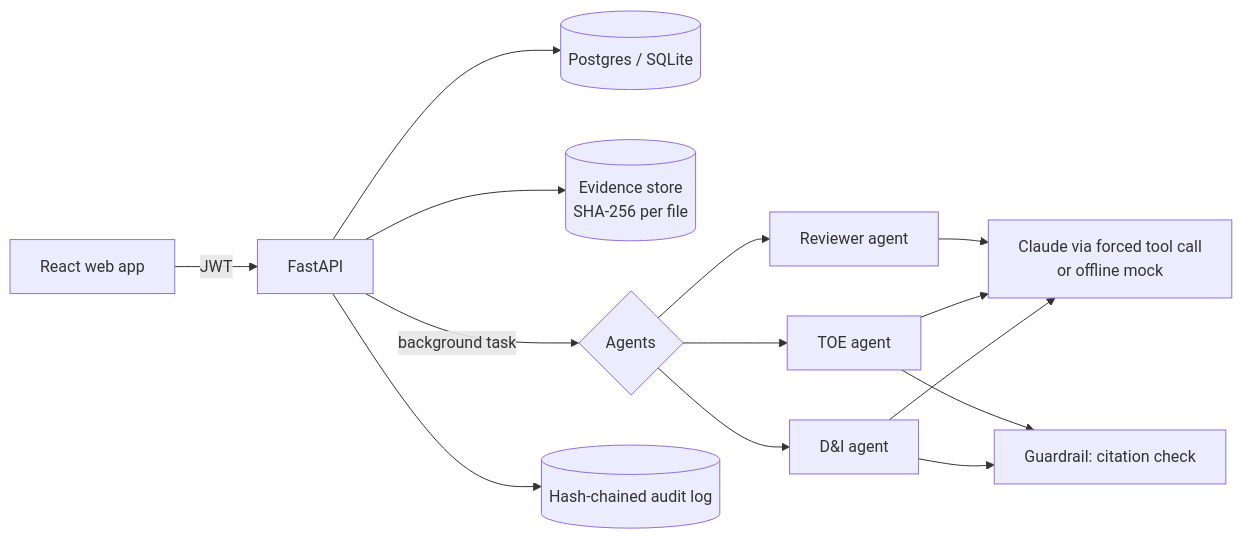
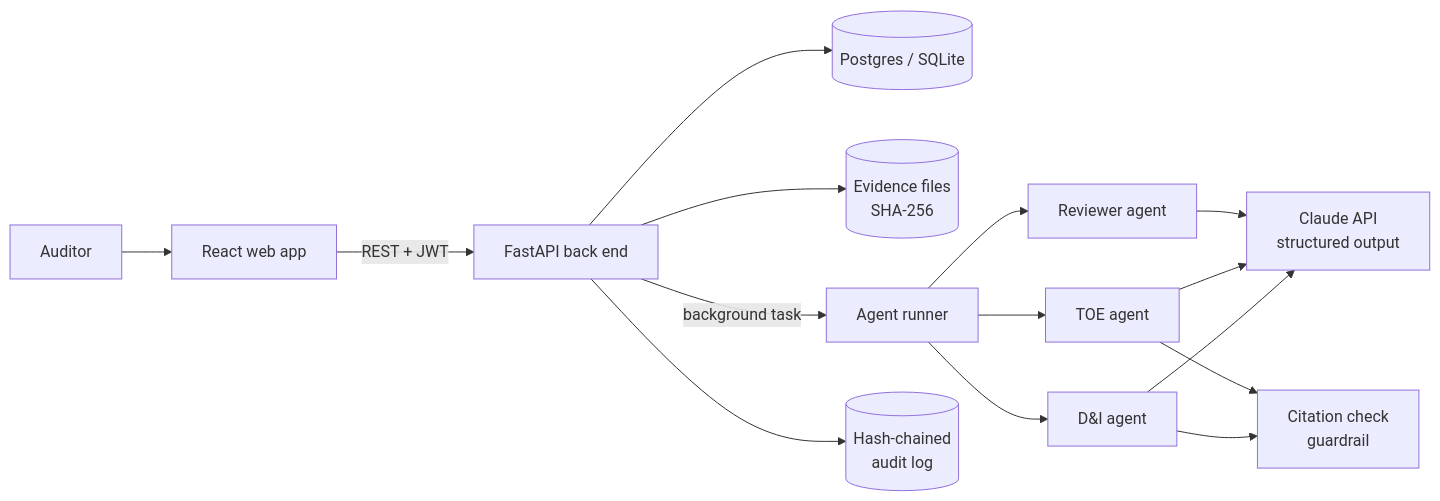
Before and after one commit to Shiripatel/controllens: the first of 2 diagrams in README.md, drawn with Mermaid. The commit also changed other lines of this file and 10 other files, not shown here.

First line of the commit message:
Docs: full README, architecture, agents, data model, API, security, deployment, methodology, roadmap

````diff
--- a/README.md
+++ b/README.md
@@ -78,13 +102,14 @@
 ```mermaid
 flowchart LR
-  UI[React web app] -->|JWT| API[FastAPI]
-  API --> DB[(Postgres / SQLite)]
-  API --> FS[(Evidence store<br/>SHA-256 per file)]
-  API -->|background task| AG{Agents}
-  AG --> DNI[D&I agent]
-  AG --> TOE[TOE agent]
-  AG --> REV[Reviewer agent]
-  DNI & TOE & REV --> LLM[Claude via forced tool call<br/>or offline mock]
-  DNI & TOE --> GR[Guardrail: citation check]
-  API --> AUD[(Hash-chained audit log)]
+    U[Auditor] --> W[React web app]
+    W -->|REST + JWT| A[FastAPI back end]
+    A --> D[(Postgres / SQLite)]
+    A --> F[(Evidence files<br/>SHA-256)]
+    A -->|background task| R[Agent runner]
+    R --> G1[D&I agent]
+    R --> G2[TOE agent]
+    R --> G3[Reviewer agent]
+    G1 & G2 & G3 --> L[Claude API<br/>structured output]
+    G1 & G2 --> C[Citation check<br/>guardrail]
+    A --> T[(Hash-chained<br/>audit log)]
 ```
````
